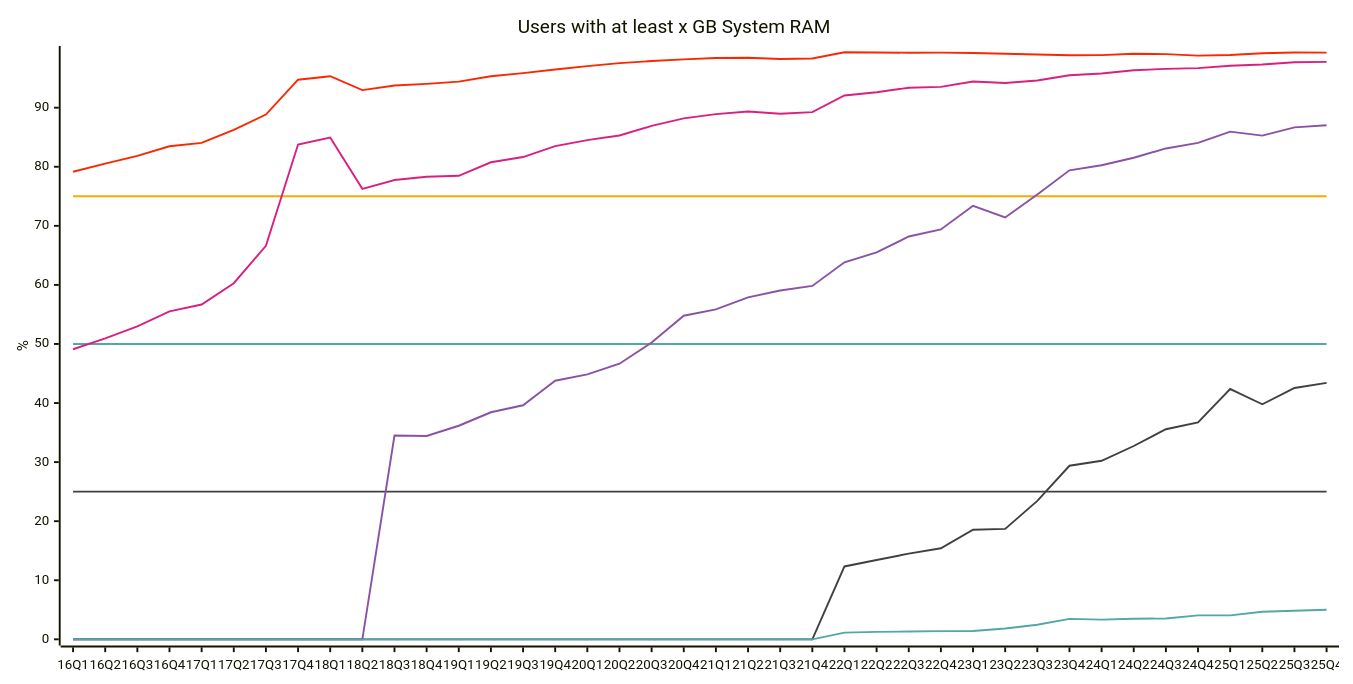
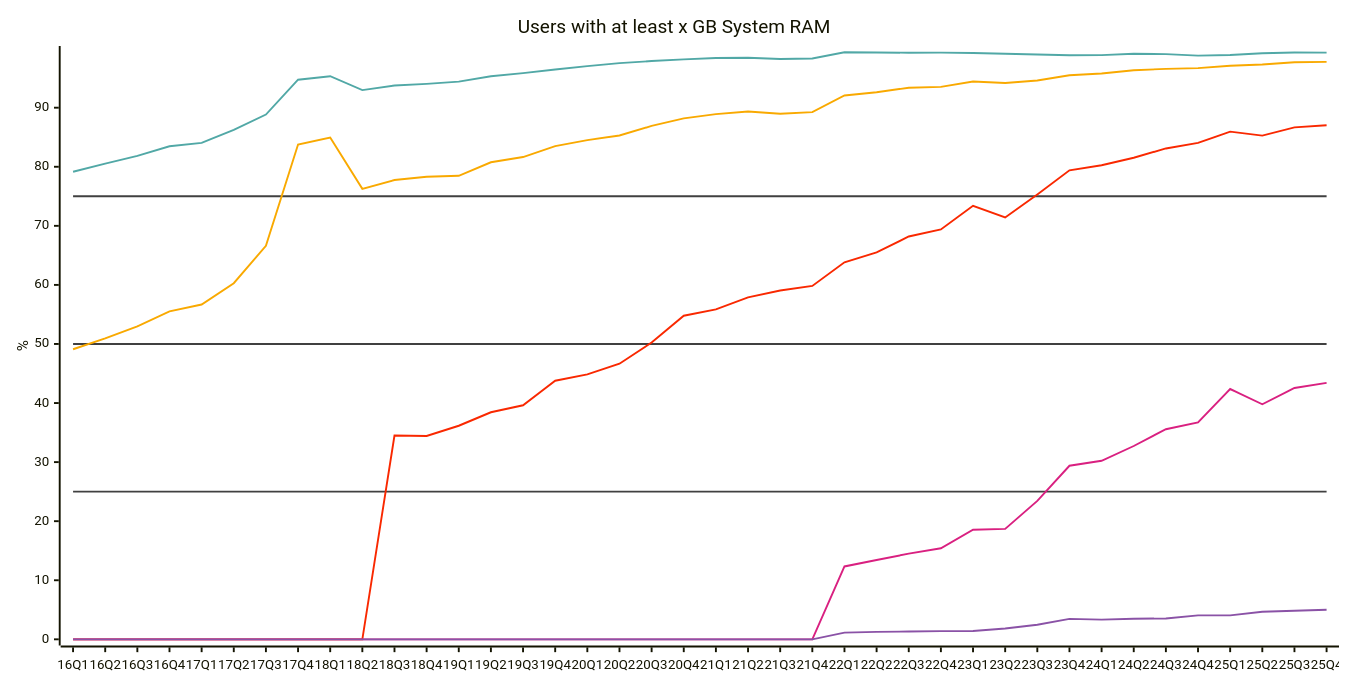
Diagram 25 of 29 in README.md (jdegene/steamHWsurvey), drawn with Mermaid before and after one commit. The commit also changed other lines of this file and 1 other file, not shown here.

````diff
--- a/README.md
+++ b/README.md
@@ -796,26 +796,26 @@
 ```mermaid
 ---
 config:
     xyChart:
         width: 1400
         height: 700
         
     themeVariables:
         xyChart:
-            plotColorPalette: "#404040,#51a8a6,#f9a900,#f92800,#d92080,#8a52a6"
+            plotColorPalette: "#404040,#404040,#404040,#51a8a6,#f9a900,#f92800,#d92080,#8a52a6"
 
 --- 
 
 xychart-beta
     title "Users with at least x GB System RAM"
     x-axis [16Q1, 16Q2, 16Q3, 16Q4, 17Q1, 17Q2, 17Q3, 17Q4, 18Q1, 18Q2, 18Q3, 18Q4, 19Q1, 19Q2, 19Q3, 19Q4, 20Q1, 20Q2, 20Q3, 20Q4, 21Q1, 21Q2, 21Q3, 21Q4, 22Q1, 22Q2, 22Q3, 22Q4, 23Q1, 23Q2, 23Q3, 23Q4, 24Q1, 24Q2, 24Q3, 24Q4, 25Q1, 25Q2, 25Q3, 25Q4]
     y-axis "%" 
  line [25, 25, 25, 25, 25, 25, 25, 25, 25, 25, 25, 25, 25, 25, 25, 25, 25, 25, 25, 25, 25, 25, 25, 25, 25, 25, 25, 25, 25, 25, 25, 25, 25, 25, 25, 25, 25, 25, 25, 25]
  line [50, 50, 50, 50, 50, 50, 50, 50, 50, 50, 50, 50, 50, 50, 50, 50, 50, 50, 50, 50, 50, 50, 50, 50, 50, 50, 50, 50, 50, 50, 50, 50, 50, 50, 50, 50, 50, 50, 50, 50]
  line [75, 75, 75, 75, 75, 75, 75, 75, 75, 75, 75, 75, 75, 75, 75, 75, 75, 75, 75, 75, 75, 75, 75, 75, 75, 75, 75, 75, 75, 75, 75, 75, 75, 75, 75, 75, 75, 75, 75, 75]
     line [79.15666666666667, 80.52666666666667, 81.83333333333334, 83.46333333333334, 84.05, 86.25666666666666, 88.83666666666667, 94.74000000000001, 95.32333333333332, 92.97333333333334, 93.75, 94.03, 94.40666666666667, 95.33, 95.85333333333334, 96.47333333333333, 97.03666666666666, 97.53666666666666, 97.89666666666666, 98.18333333333334, 98.41000000000001, 98.45, 98.25, 98.33666666666666, 99.39, 99.33333333333333, 99.30666666666667, 99.32333333333332, 99.27, 99.14, 99.00333333333333, 98.87666666666668, 98.90333333333334, 99.13333333333333, 99.06333333333333, 98.81, 98.91, 99.20666666666666, 99.35333333333332, 99.33]
     line [49.10333333333334, 50.95, 52.99, 55.52666666666667, 56.67666666666666, 60.29, 66.60333333333334, 83.76333333333334, 84.94999999999999, 76.26666666666667, 77.75666666666666, 78.32000000000001, 78.47, 80.76, 81.64333333333333, 83.49333333333333, 84.51333333333334, 85.29333333333332, 86.91, 88.2, 88.92000000000002, 89.35333333333334, 88.96333333333332, 89.25333333333333, 92.06666666666666, 92.61333333333333, 93.38333333333333, 93.51666666666667, 94.42666666666666, 94.17333333333335, 94.60666666666665, 95.49, 95.80000000000001, 96.33333333333333, 96.57666666666667, 96.70333333333333, 97.10000000000001, 97.31333333333333, 97.68333333333334, 97.74999999999999]
     line [0, 0, 0, 0, 0, 0, 0, 0, 0, 0, 34.5, 34.43333333333333, 36.156666666666666, 38.43666666666667, 39.620000000000005, 43.78, 44.85333333333333, 46.65333333333333, 50.243333333333325, 54.78333333333333, 55.85, 57.89, 59.053333333333335, 59.82333333333333, 63.81666666666666, 65.49333333333334, 68.19999999999999, 69.39666666666668, 73.4, 71.42333333333333, 75.32, 79.39666666666666, 80.24999999999999, 81.53, 83.1, 84.03666666666668, 85.94, 85.27666666666667, 86.66, 87.02499999999999]
     line [0, 0, 0, 0, 0, 0, 0, 0, 0, 0, 0, 0, 0, 0, 0, 0, 0, 0, 0, 0, 0, 0, 0, 0, 12.336666666666666, 13.426666666666668, 14.510000000000002, 15.413333333333332, 18.556666666666665, 18.700000000000003, 23.426666666666666, 29.386666666666667, 30.22333333333333, 32.72666666666667, 35.56999999999999, 36.73333333333333, 42.373333333333335, 39.796666666666674, 42.55, 43.42]
     line [0, 0, 0, 0, 0, 0, 0, 0, 0, 0, 0, 0, 0, 0, 0, 0, 0, 0, 0, 0, 0, 0, 0, 0, 1.1266666666666667, 1.2533333333333334, 1.3166666666666667, 1.3866666666666667, 1.4066666666666667, 1.8399999999999999, 2.476666666666667, 3.47, 3.3299999999999996, 3.4799999999999995, 3.53, 4.046666666666667, 4.056666666666667, 4.673333333333333, 4.85, 5.01]
 ``` 
````
